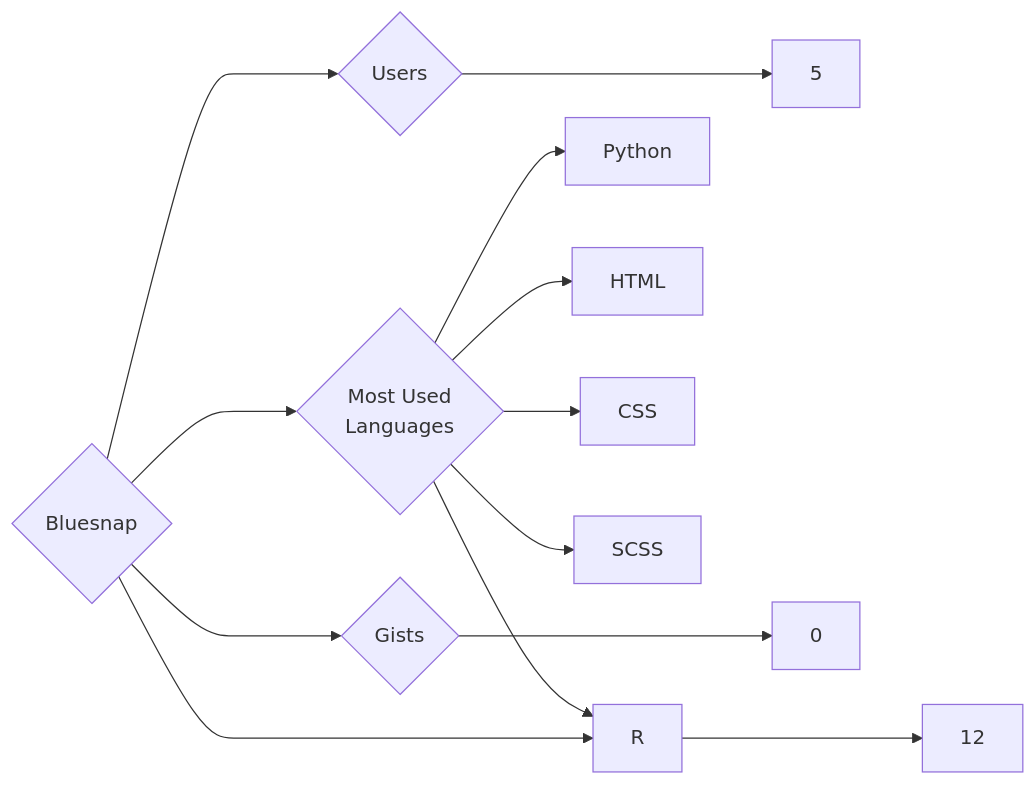
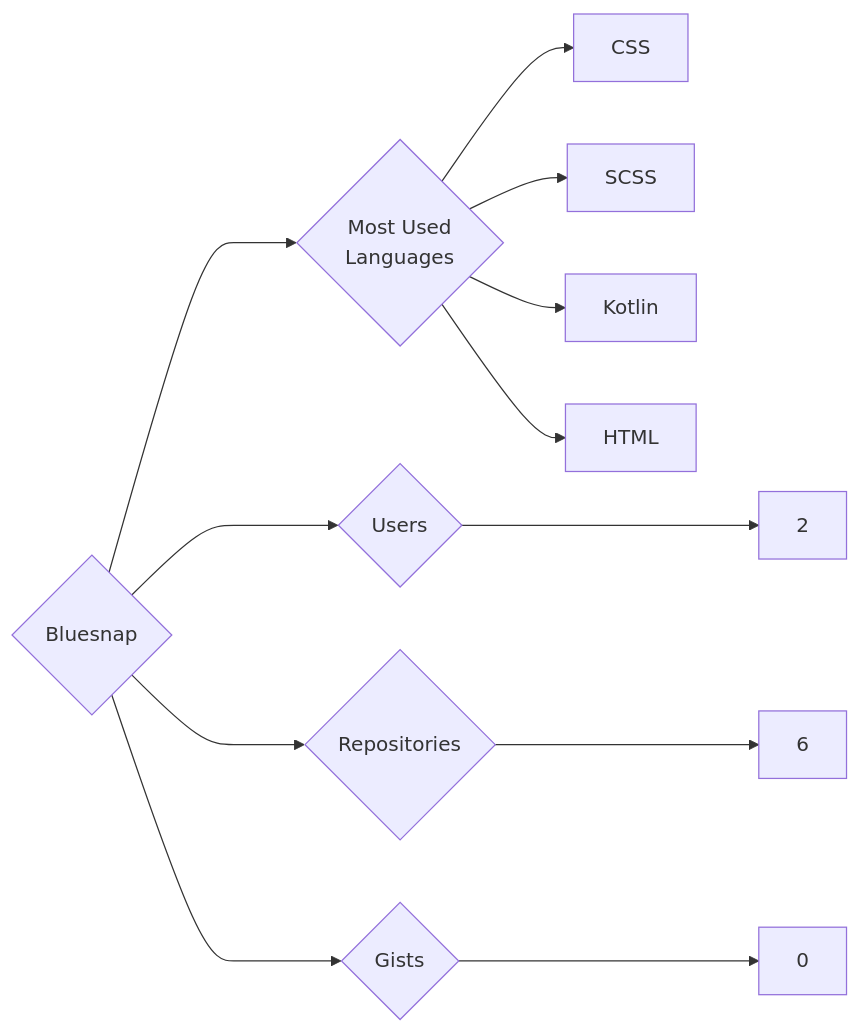
One commit to trickest/insiders changed the diagram in targets/Bluesnap/README.md. Above: the diagram before and after it, drawn with Mermaid. The commit also changed 914 other files, not shown here.

````diff
--- a/targets/Bluesnap/README.md
+++ b/targets/Bluesnap/README.md
@@ -3,13 +3,12 @@
 ```mermaid
 graph LR
 COMPANY_NAME{Bluesnap}
-COMPANY_NAME ---> U{Users} ---> UN[5]
-COMPANY_NAME ---> R{Repositories} ---> RN[12]
+COMPANY_NAME ---> U{Users} ---> UN[2]
+COMPANY_NAME ---> R{Repositories} ---> RN[6]
 COMPANY_NAME ---> G{Gists} ---> GN[0]
 COMPANY_NAME ---> ML{Most Used<br>Languages}
-ML --> Python[Python]
-ML --> HTML[HTML]
 ML --> CSS[CSS]
 ML --> SCSS[SCSS]
-ML --> R[R]
+ML --> Kotlin[Kotlin]
+ML --> HTML[HTML]
 ```
````
